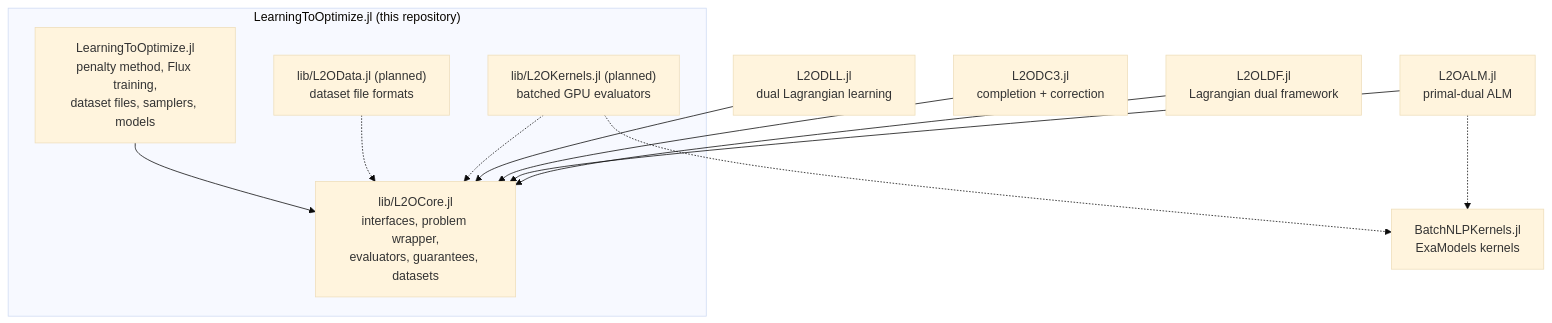
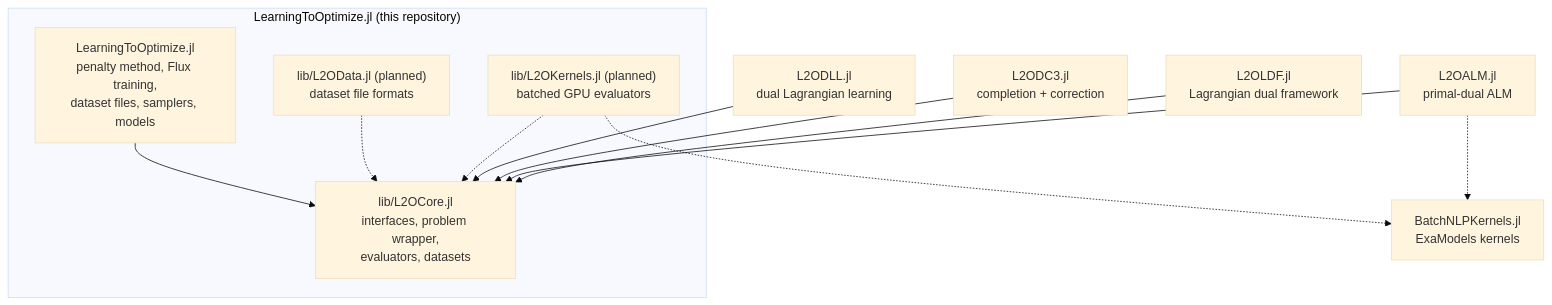
One commit to LearningToOptimize/LearningToOptimize.jl changed the first of 5 diagrams in docs/src/design.md. Above: the diagram before and after it, drawn with Mermaid (base theme). The commit also changed other lines of this file and 5 other files, not shown here.

````diff
--- a/docs/src/design.md
+++ b/docs/src/design.md
@@ -10,23 +11,23 @@
 ```mermaid
 graph TD
     subgraph "LearningToOptimize.jl (this repository)"
-        CORE["lib/L2OCore.jl<br/>interfaces, problem wrapper,<br/>evaluators, guarantees, datasets"]
+        CORE["lib/L2OCore.jl<br/>interfaces, problem wrapper,<br/>evaluators, datasets"]
         MAIN["LearningToOptimize.jl<br/>penalty method, Flux training,<br/>dataset files, samplers, models"]
         DATA["lib/L2OData.jl (planned)<br/>dataset file formats"]
         KERN["lib/L2OKernels.jl (planned)<br/>batched GPU evaluators"]
     end
     DLL["L2ODLL.jl<br/>dual Lagrangian learning"]
     DC3["L2ODC3.jl<br/>completion + correction"]
     ALM["L2OALM.jl<br/>primal-dual ALM"]
     LDF["L2OLDF.jl<br/>Lagrangian dual framework"]
     BNK["BatchNLPKernels.jl<br/>ExaModels kernels"]
     MAIN --> CORE
     DATA -.-> CORE
     KERN -.-> CORE
     KERN -.-> BNK
     DLL --> CORE
     DC3 --> CORE
     ALM --> CORE
     LDF --> CORE
     ALM -.-> BNK
 ```
````
